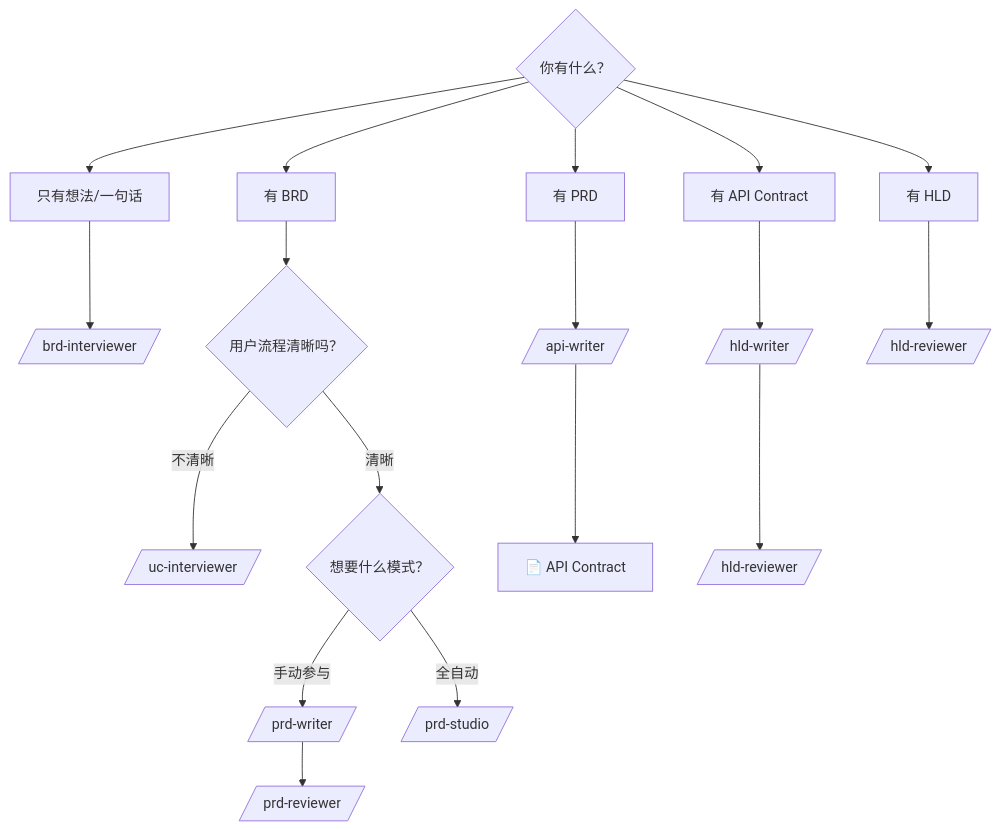
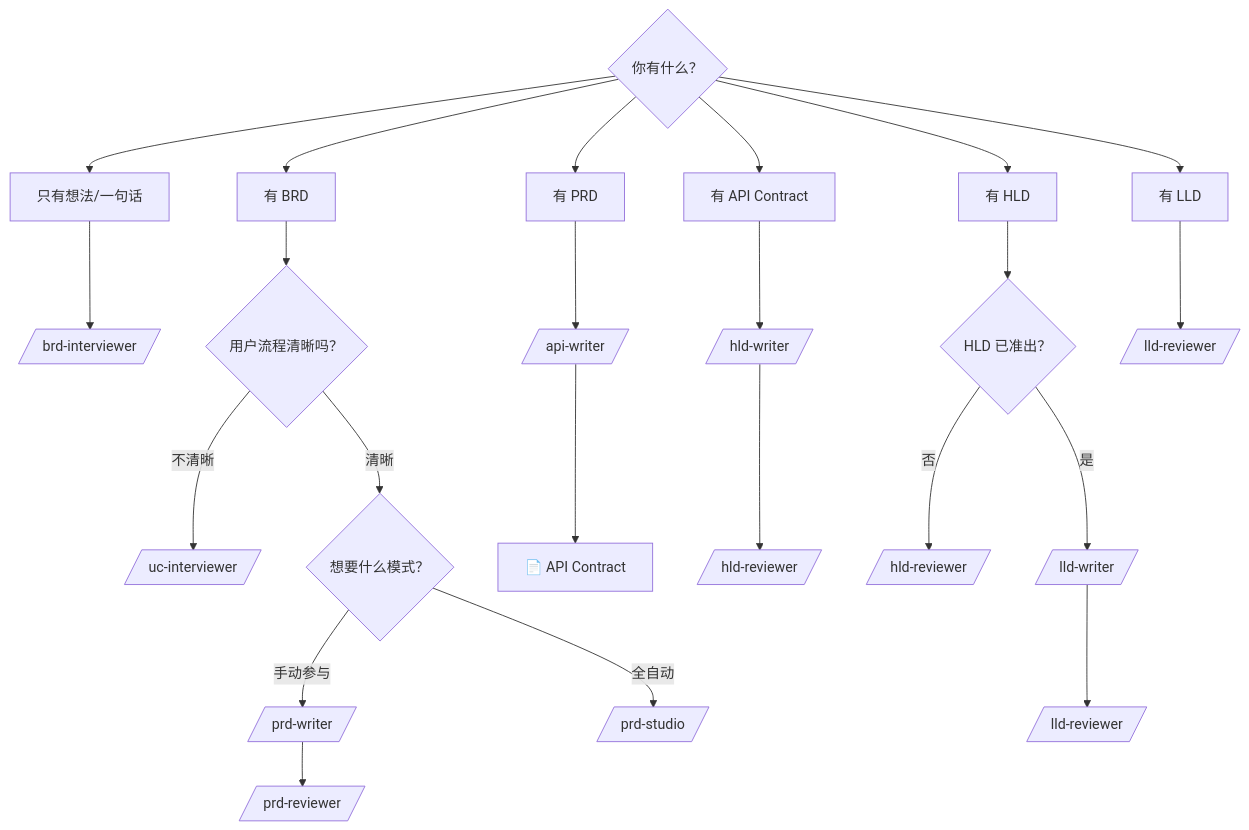
The second of 2 diagrams in plugins/testany-eng/README.md (TestAny-io/testany-agent-skills), drawn with Mermaid before and after one commit. The commit also changed other lines of this file and 8 other files, not shown here.

First line of the commit message:
feat(lld-writer): fix P0/P1 issues - enhance skill quality and register command

````diff
--- a/plugins/testany-eng/README.md
+++ b/plugins/testany-eng/README.md
@@ -59,25 +64,31 @@
 ```mermaid
 flowchart TD
     Start{你有什么？} --> A[只有想法/一句话]
     Start --> B[有 BRD]
     Start --> C[有 PRD]
     Start --> D[有 API Contract]
     Start --> E[有 HLD]
+    Start --> F[有 LLD]
 
     A --> A1[/brd-interviewer/]
 
     B --> B1{用户流程清晰吗？}
     B1 -->|不清晰| B2[/uc-interviewer/]
     B1 -->|清晰| B3{想要什么模式？}
     B3 -->|手动参与| B4[/prd-writer/]
     B3 -->|全自动| B5[/prd-studio/]
     B4 --> B6[/prd-reviewer/]
 
     C --> C1[/api-writer/]
     C1 --> C2[📄 API Contract]
 
     D --> D1[/hld-writer/]
     D1 --> D2[/hld-reviewer/]
 
-    E --> E1[/hld-reviewer/]
+    E --> E1{HLD 已准出？}
+    E1 -->|否| E2[/hld-reviewer/]
+    E1 -->|是| E3[/lld-writer/]
+    E3 --> E4[/lld-reviewer/]
+
+    F --> F1[/lld-reviewer/]
 ```
````
